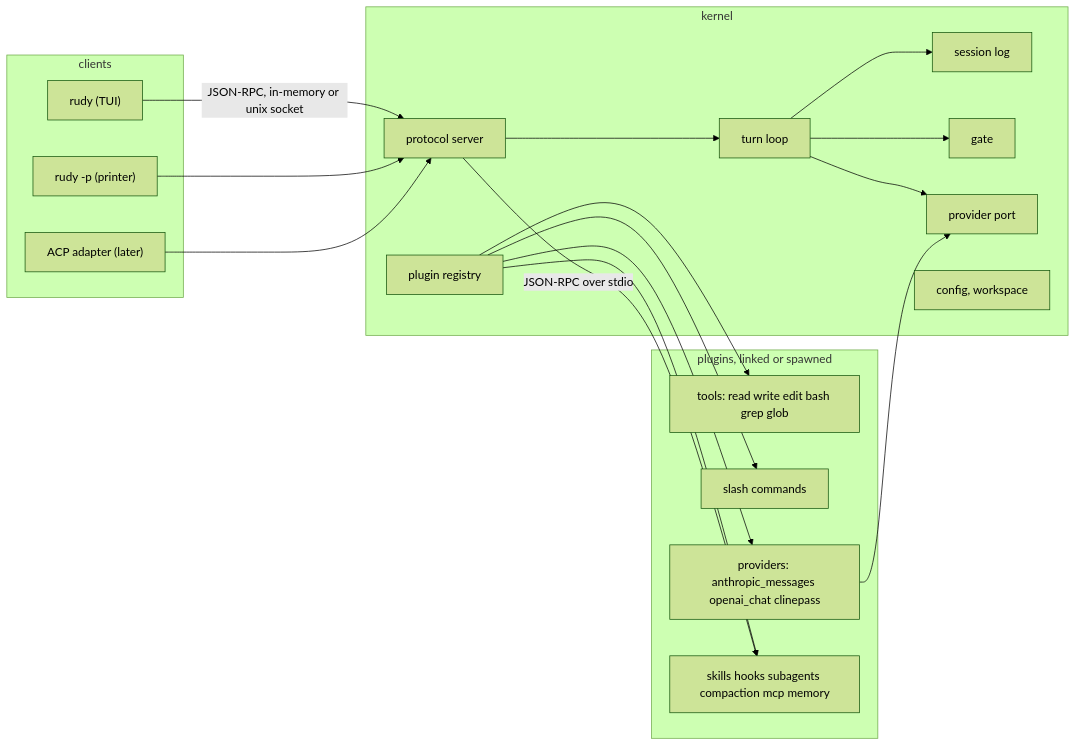
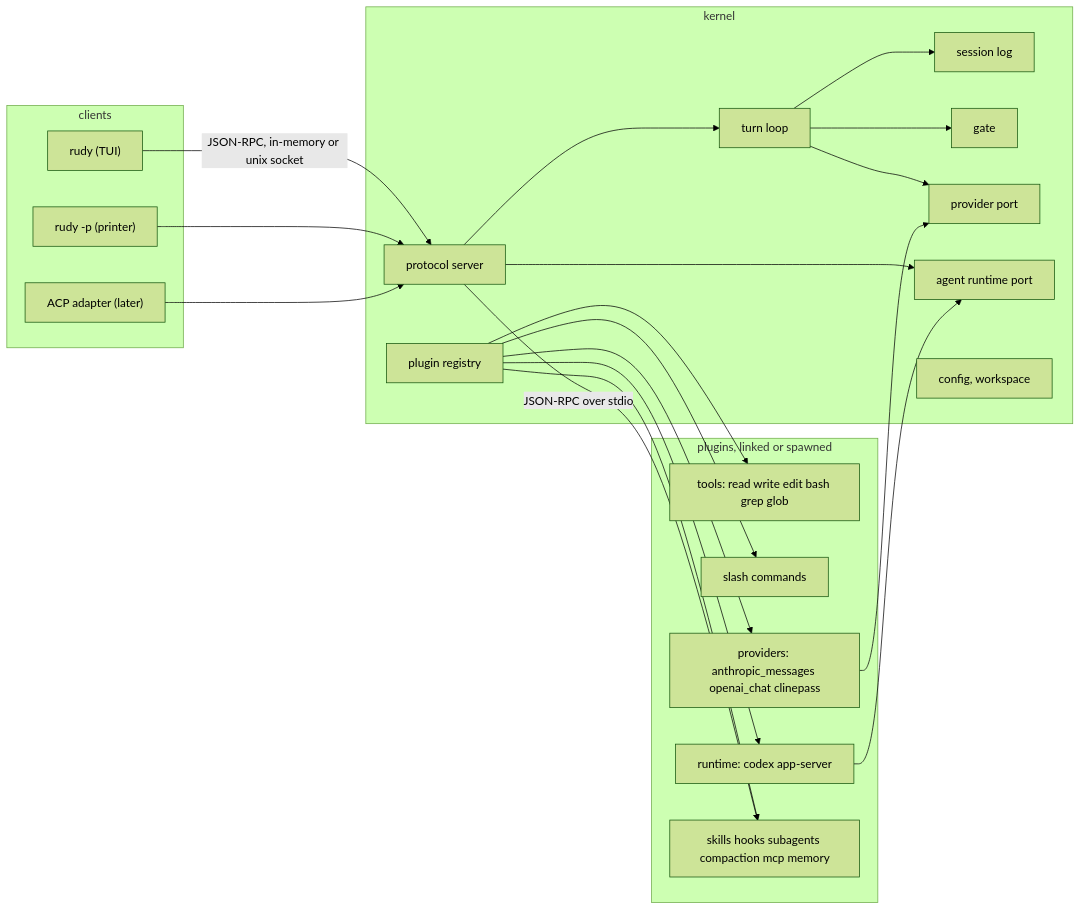
One commit to guygrigsby/rudy changed the diagram in docs/specs/2026-09-07-rudy-design.md. Above: the diagram before and after it, drawn with Mermaid (forest theme). The commit also changed other lines of this file and 6 other files, not shown here.

Commit message:
docs: define Codex App Server runtime

````diff
--- a/docs/specs/2026-09-07-rudy-design.md
+++ b/docs/specs/2026-09-07-rudy-design.md
@@ -45,36 +47,41 @@
 ```mermaid
 flowchart LR
     subgraph clients["clients"]
         TUI["rudy (TUI)"]
         P["rudy -p (printer)"]
         ACP["ACP adapter (later)"]
     end
     subgraph kernel["kernel"]
         SRV["protocol server"]
         LOG["session log"]
         LOOP["turn loop"]
         GATE["gate"]
         REG["plugin registry"]
         PORT["provider port"]
+        RPORT["agent runtime port"]
         CFG["config, workspace"]
     end
     subgraph plugins["plugins, linked or spawned"]
         TOOLS["tools: read write edit bash grep glob"]
         CMDS["slash commands"]
         PROV["providers: anthropic_messages openai_chat clinepass"]
+        CODEX["runtime: codex app-server"]
         EXT["skills hooks subagents compaction mcp memory"]
     end
     TUI -- "JSON-RPC, in-memory or unix socket" --> SRV
     P --> SRV
     ACP --> SRV
     SRV --> LOOP
     LOOP --> LOG
     LOOP --> GATE
     LOOP --> PORT
+    SRV --> RPORT
     REG --> TOOLS
     REG --> CMDS
     REG --> PROV
+    REG --> CODEX
     REG --> EXT
     PROV --> PORT
+    CODEX --> RPORT
     SRV -- "JSON-RPC over stdio" --> EXT
 ```
````
